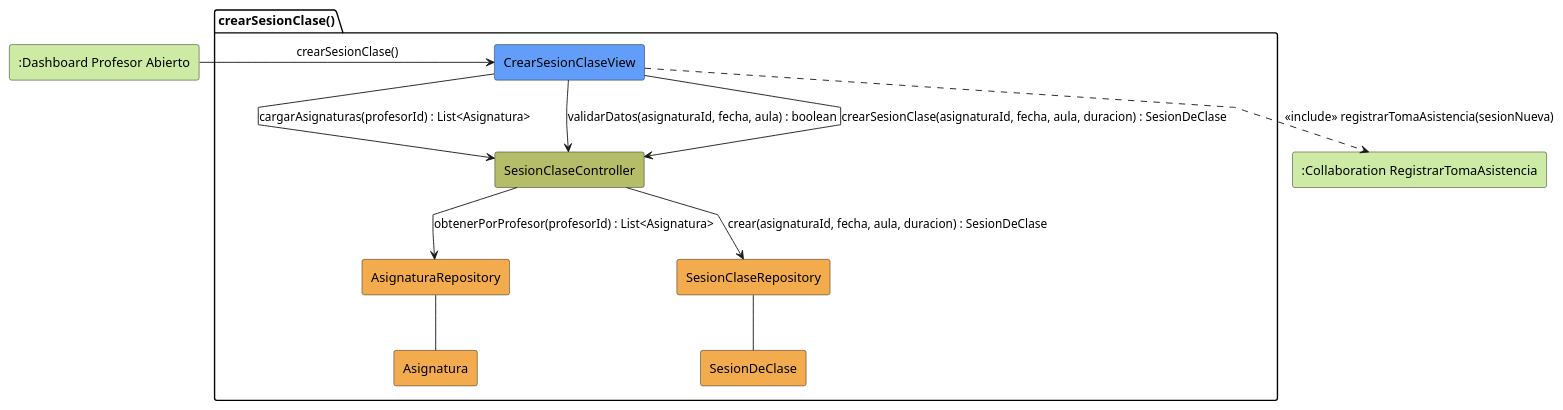
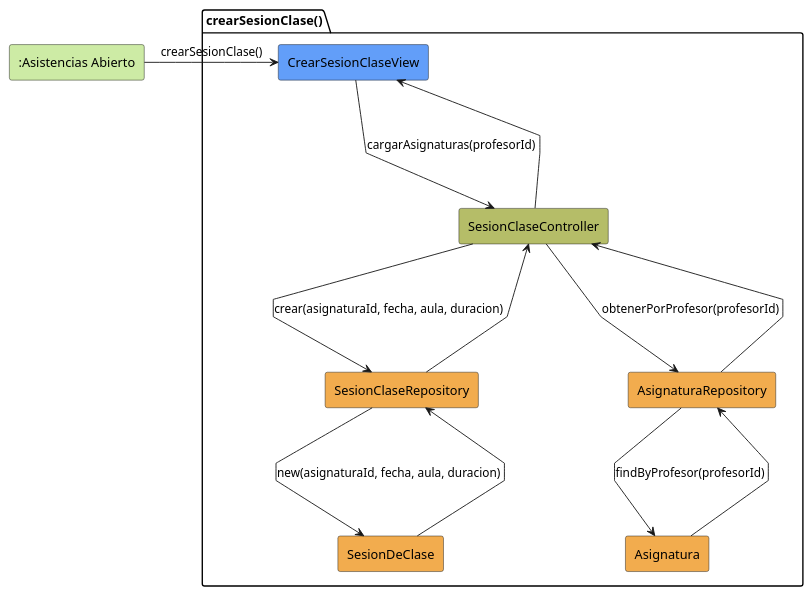
One commit to jerdier/25-26-idsw2-sdVC changed the diagram in modelosUML/analisis/crearSesionClase/colaboracion.puml. Above: the diagram before and after it, drawn with PlantUML. The commit also changed 261 other files, not shown here.

```diff
--- a/modelosUML/analisis/crearSesionClase/colaboracion.puml
+++ b/modelosUML/analisis/crearSesionClase/colaboracion.puml
@@ -1,34 +1,26 @@
 @startuml crearSesionClase-analisis
 skinparam linetype polyline
 
-rectangle #CDEBA5 ":Dashboard Profesor Abierto" as DashboardProfesorAbierto
-rectangle #CDEBA5 ":Collaboration RegistrarTomaAsistencia" as RegistrarTomaAsistencia
+rectangle #CDEBA5 ":Asistencias Abierto" as AsistenciasAbierto
 
 package crearSesionClase as "crearSesionClase()" {
     rectangle #629EF9 CrearSesionClaseView
     rectangle #b5bd68 SesionClaseController
     rectangle #F2AC4E AsignaturaRepository
     rectangle #F2AC4E SesionClaseRepository
     rectangle #F2AC4E Asignatura
     rectangle #F2AC4E SesionDeClase
 }
 
-DashboardProfesorAbierto -r-> CrearSesionClaseView: crearSesionClase()
-
-CrearSesionClaseView -d-> SesionClaseController: cargarAsignaturas(profesorId) : List<Asignatura>
-
-SesionClaseController --> AsignaturaRepository: obtenerPorProfesor(profesorId) : List<Asignatura>
-
-AsignaturaRepository -- Asignatura
-
-CrearSesionClaseView -d-> SesionClaseController: validarDatos(asignaturaId, fecha, aula) : boolean
-
-CrearSesionClaseView --> SesionClaseController: crearSesionClase(asignaturaId, fecha, aula, duracion) : SesionDeClase
-
-SesionClaseController --> SesionClaseRepository: crear(asignaturaId, fecha, aula, duracion) : SesionDeClase
-
-SesionClaseRepository -- SesionDeClase
-
-CrearSesionClaseView ..> RegistrarTomaAsistencia: <<include>> registrarTomaAsistencia(sesionNueva)
-
+AsistenciasAbierto -r-> CrearSesionClaseView: crearSesionClase()
+CrearSesionClaseView -d-> SesionClaseController: cargarAsignaturas(profesorId)
+SesionClaseController -d-> AsignaturaRepository: obtenerPorProfesor(profesorId)
+AsignaturaRepository -d-> Asignatura: findByProfesor(profesorId)
+Asignatura --u-> AsignaturaRepository
+AsignaturaRepository --u-> SesionClaseController
+SesionClaseController -d-> SesionClaseRepository: crear(asignaturaId, fecha, aula, duracion)
+SesionClaseRepository -d-> SesionDeClase: new(asignaturaId, fecha, aula, duracion)
+SesionDeClase --u-> SesionClaseRepository
+SesionClaseRepository --u-> SesionClaseController
+SesionClaseController --u-> CrearSesionClaseView
 @enduml
```
